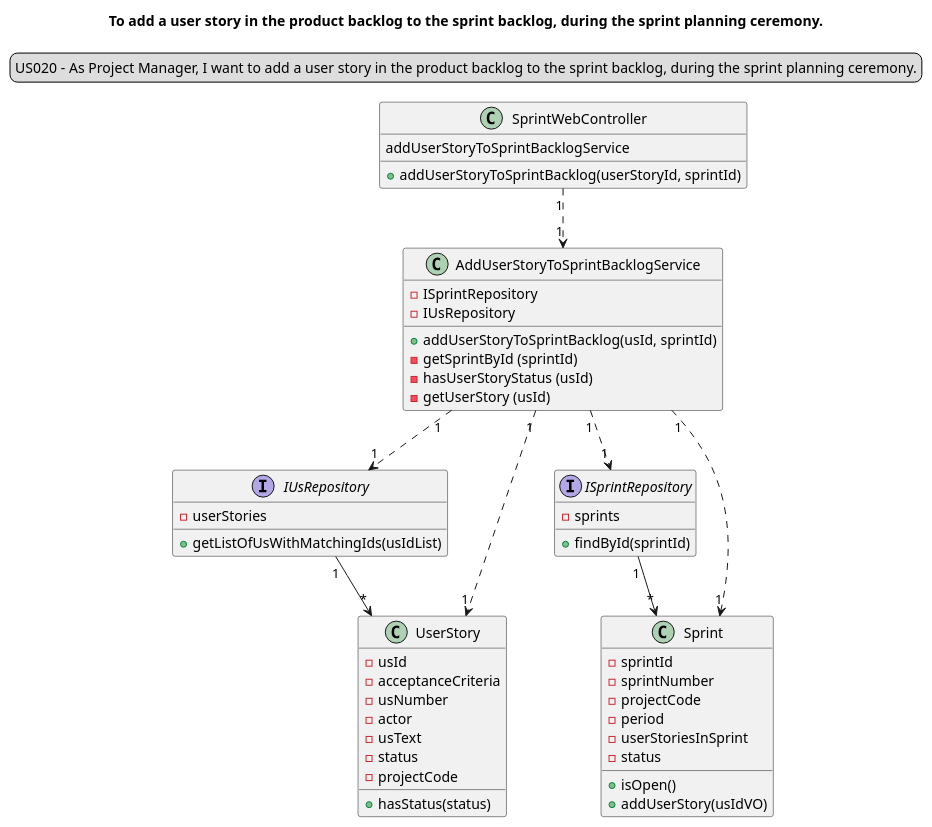
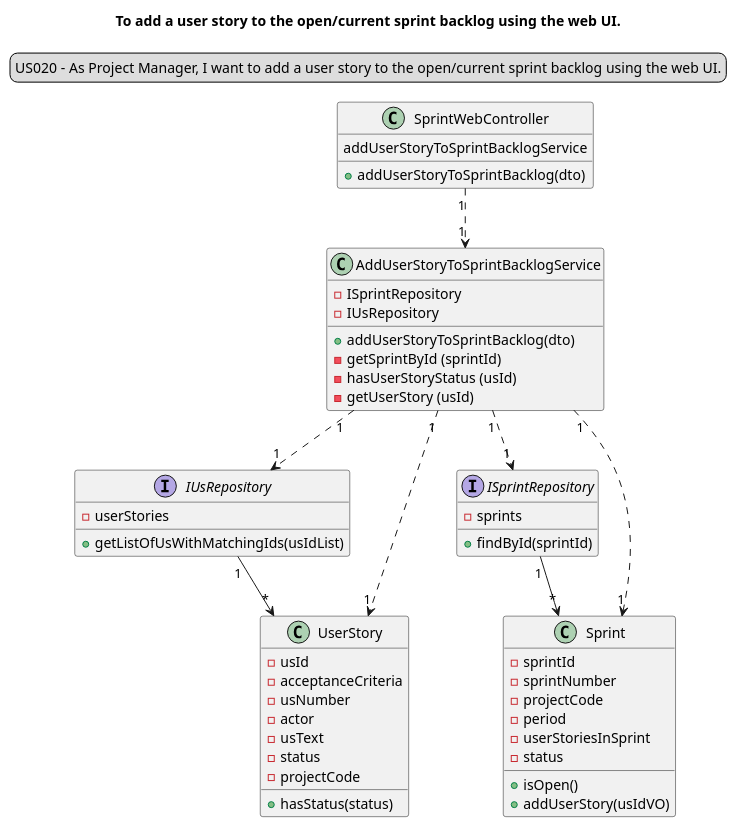
One commit to Loracline/project_switch_22-23 changed the diagram in docs/modelling_design/user_stories/sprint03/us020/US20_classDiagram_ddd_sprintBacklog.puml. Above: the diagram before and after it, drawn with PlantUML. The commit also changed 2 other files, not shown here.

Commit message:
US 32:Analysis and Design: Correction of sequence and class diagram, added to general class diagram  addresses #644

```diff
--- a/docs/modelling_design/user_stories/sprint03/us020/US20_classDiagram_ddd_sprintBacklog.puml
+++ b/docs/modelling_design/user_stories/sprint03/us020/US20_classDiagram_ddd_sprintBacklog.puml
@@ -1,62 +1,62 @@
 @startuml
 'https://plantuml.com/sequence-diagram
 legend top
-US020 - As Project Manager, I want to add a user story in the product backlog to the sprint backlog, during the sprint planning ceremony.
+US020 - As Project Manager, I want to add a user story to the open/current sprint backlog using the web UI.
 end legend
 skinparam sequenceMessageAlign center
-title  To add a user story in the product backlog to the sprint backlog, during the sprint planning ceremony.
+title  To add a user story to the open/current sprint backlog using the web UI.
 
 class "SprintWebController" {
 addUserStoryToSprintBacklogService
-+ addUserStoryToSprintBacklog(userStoryId, sprintId)
++ addUserStoryToSprintBacklog(dto)
 }
 SprintWebController "1"..>"1" AddUserStoryToSprintBacklogService
 
 class "AddUserStoryToSprintBacklogService" {
 - ISprintRepository
 - IUsRepository
-+ addUserStoryToSprintBacklog(usId, sprintId)
++ addUserStoryToSprintBacklog(dto)
 - getSprintById (sprintId)
 - hasUserStoryStatus (usId)
 - getUserStory (usId)
 }
 AddUserStoryToSprintBacklogService "1"..>"1" IUsRepository
 AddUserStoryToSprintBacklogService "1"..>"1" ISprintRepository
 AddUserStoryToSprintBacklogService "1"..>"1" UserStory
 AddUserStoryToSprintBacklogService "1"..>"1" Sprint
 
 interface "ISprintRepository" {
 - sprints
 + findById(sprintId)
 }
 ISprintRepository "1"-->"*" Sprint
 
 interface "IUsRepository" {
 - userStories
 + getListOfUsWithMatchingIds(usIdList)
 }
 IUsRepository "1"-->"*" UserStory
 
 class "UserStory"{
 - usId
 - acceptanceCriteria
 - usNumber
 - actor
 - usText
 - status
 - projectCode
 + hasStatus(status)
 }
 
 class "Sprint"{
 - sprintId
 - sprintNumber
 - projectCode
 - period
 - userStoriesInSprint
 -status
 + isOpen()
 + addUserStory(usIdVO)
 }
 
 @enduml
```
